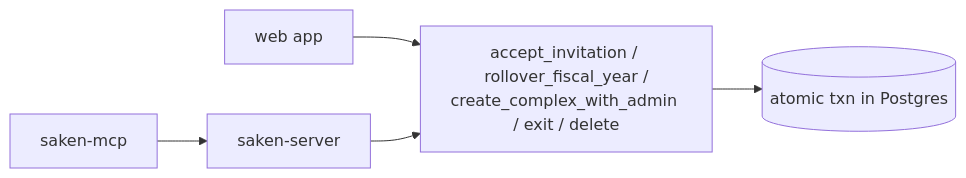
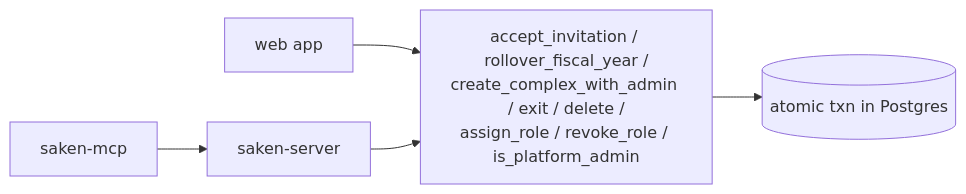
The diagram in content/database/rpcs.mdx (Saken-Community-Management/saken-docs), drawn with Mermaid before and after one commit. The commit also changed other lines of this file and 39 other files, not shown here.

````diff
--- a/content/database/rpcs.mdx
+++ b/content/database/rpcs.mdx
@@ -41,7 +98,7 @@
 ```mermaid
 flowchart LR
     Web[web app] --> RPC
     Server[saken-server] --> RPC
     MCP[saken-mcp] --> Server
-    RPC["accept_invitation / rollover_fiscal_year /<br/>create_complex_with_admin / exit / delete"] --> PG[(atomic txn in Postgres)]
+    RPC["accept_invitation / rollover_fiscal_year /<br/>create_complex_with_admin / exit / delete /<br/>assign_role / revoke_role / is_platform_admin"] --> PG[(atomic txn in Postgres)]
 ```
````
